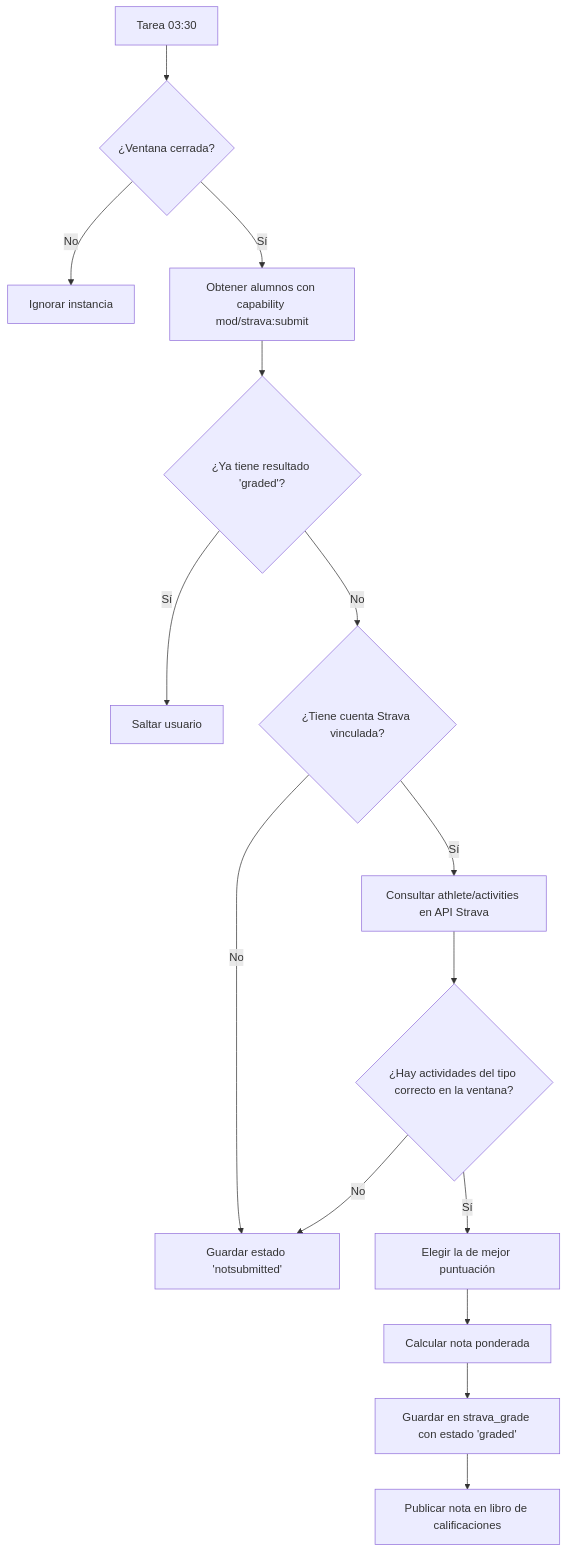
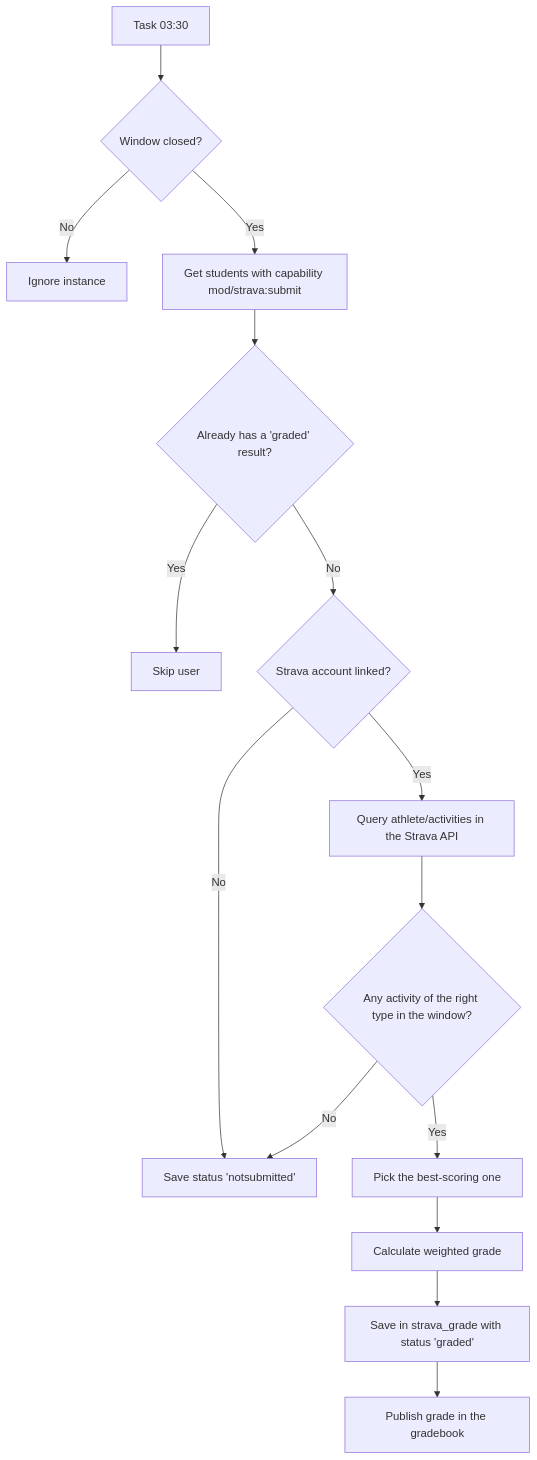
One commit to rollercly/moodle-mod-strava changed the second of 2 diagrams in README.md. Above: the diagram before and after it, drawn with Mermaid. The commit also changed other lines of this file and 25 other files, not shown here.

````diff
--- a/README.md
+++ b/README.md
@@ -206,17 +206,17 @@
 ```mermaid
 flowchart TD
-    A[Tarea 03:30] --> B{¿Ventana cerrada?}
-    B -- No --> Z[Ignorar instancia]
-    B -- Sí --> C[Obtener alumnos con capability mod/strava:submit]
-    C --> D{¿Ya tiene resultado 'graded'?}
-    D -- Sí --> E[Saltar usuario]
-    D -- No --> F{¿Tiene cuenta Strava vinculada?}
-    F -- No --> G[Guardar estado 'notsubmitted']
-    F -- Sí --> H[Consultar athlete/activities en API Strava]
-    H --> I{¿Hay actividades del tipo correcto en la ventana?}
+    A[Task 03:30] --> B{Window closed?}
+    B -- No --> Z[Ignore instance]
+    B -- Yes --> C[Get students with capability mod/strava:submit]
+    C --> D{Already has a 'graded' result?}
+    D -- Yes --> E[Skip user]
+    D -- No --> F{Strava account linked?}
+    F -- No --> G[Save status 'notsubmitted']
+    F -- Yes --> H[Query athlete/activities in the Strava API]
+    H --> I{Any activity of the right type in the window?}
     I -- No --> G
-    I -- Sí --> J[Elegir la de mejor puntuación]
-    J --> K[Calcular nota ponderada]
-    K --> L[Guardar en strava_grade con estado 'graded']
-    L --> M[Publicar nota en libro de calificaciones]
+    I -- Yes --> J[Pick the best-scoring one]
+    J --> K[Calculate weighted grade]
+    K --> L[Save in strava_grade with status 'graded']
+    L --> M[Publish grade in the gradebook]
 ```
````
